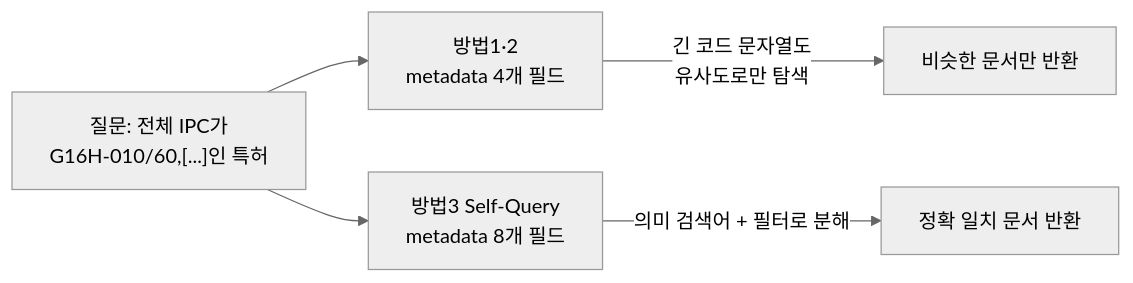
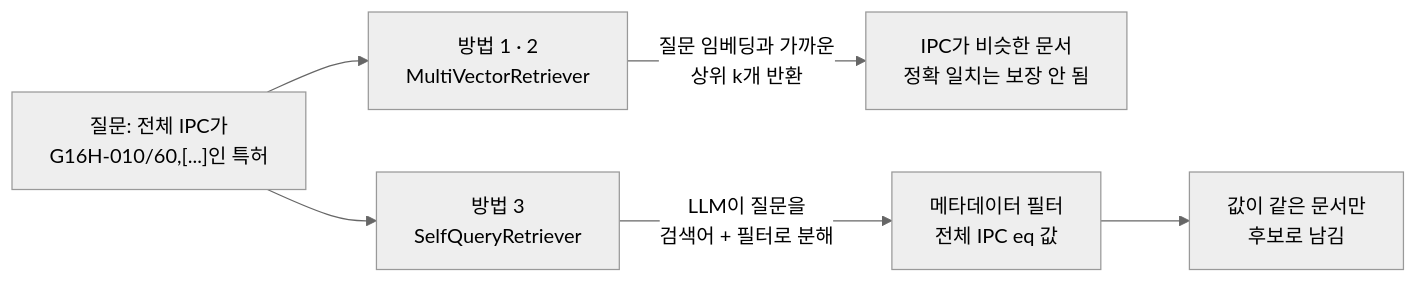
One commit to SunWoo1213/Patent_Classification changed the first of 4 diagrams in README.md. Above: the diagram before and after it, drawn with Mermaid (neutral theme). The commit also changed other lines of this file, not shown here.

````diff
--- a/README.md
+++ b/README.md
@@ -74,7 +35,8 @@
 ```mermaid
 flowchart LR
-  Q["질문: 전체 IPC가<br/>G16H-010/60,[...]인 특허"] --> M1[방법1·2<br/>metadata 4개 필드]
-  M1 -->|긴 코드 문자열도<br/>유사도로만 탐색| X[비슷한 문서만 반환]
-  Q --> M3[방법3 Self-Query<br/>metadata 8개 필드]
-  M3 -->|의미 검색어 + 필터로 분해| O[정확 일치 문서 반환]
+  Q["질문: 전체 IPC가<br/>G16H-010/60,[...]인 특허"] --> M12["방법 1 · 2<br/>MultiVectorRetriever"]
+  M12 -->|"질문 임베딩과 가까운<br/>상위 k개 반환"| X["IPC가 비슷한 문서<br/>정확 일치는 보장 안 됨"]
+  Q --> M3["방법 3<br/>SelfQueryRetriever"]
+  M3 -->|"LLM이 질문을<br/>검색어 + 필터로 분해"| F["메타데이터 필터<br/>전체 IPC eq 값"]
+  F --> O["값이 같은 문서만<br/>후보로 남김"]
 ```
````
